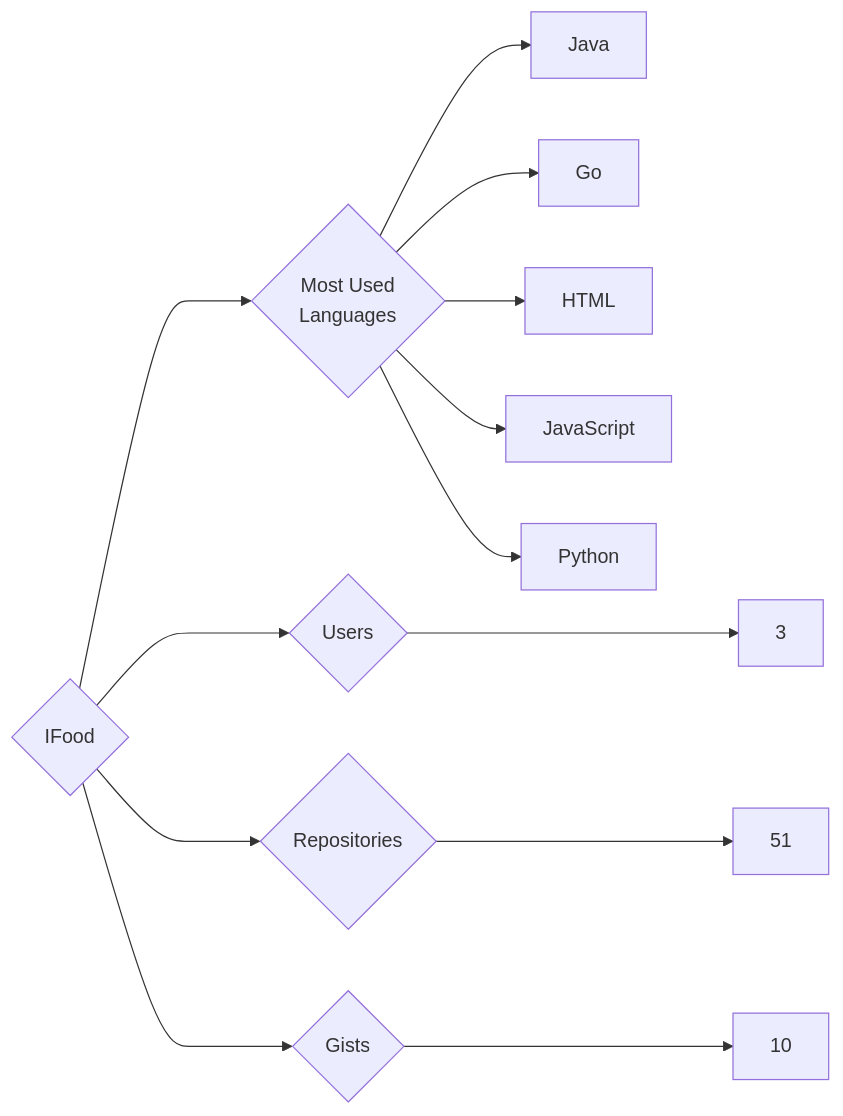
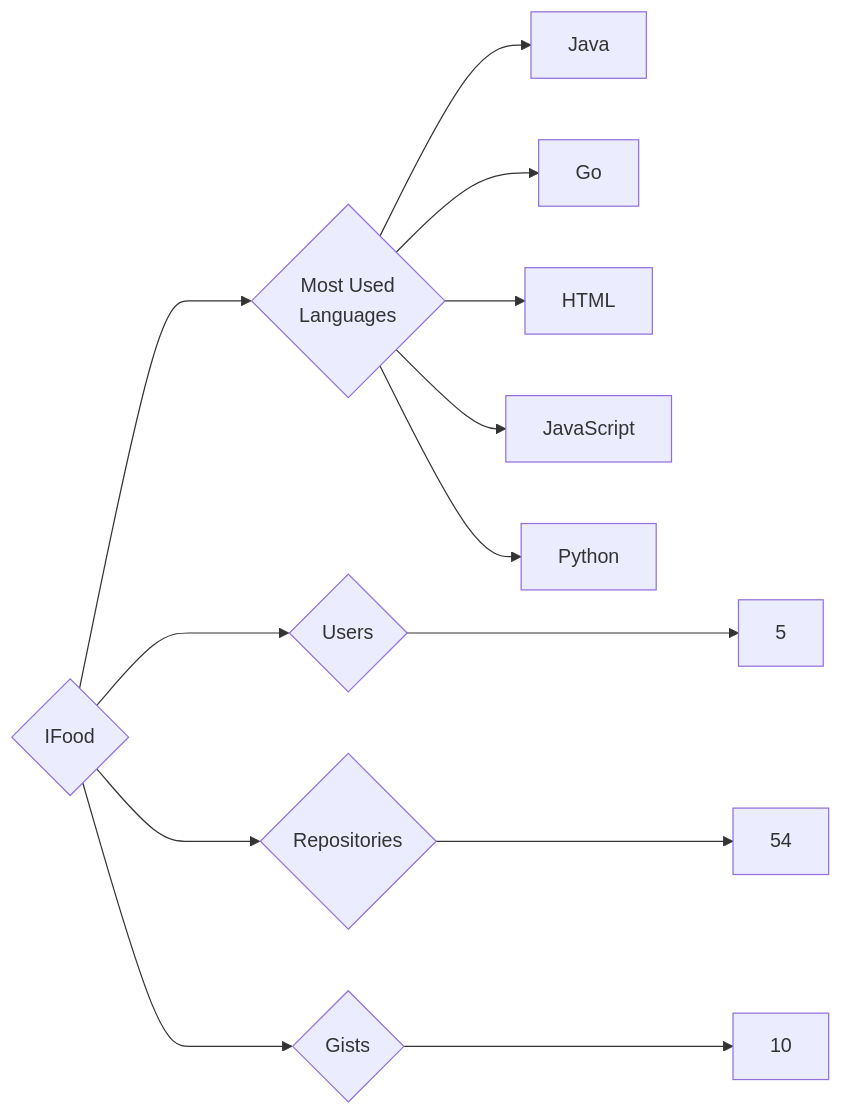
Before and after one commit to trickest/insiders: the diagram in targets/IFood/README.md, drawn with Mermaid. The commit also changed 776 other files, not shown here.

````diff
--- a/targets/IFood/README.md
+++ b/targets/IFood/README.md
@@ -3,13 +3,13 @@
 ```mermaid
 graph LR
 COMPANY_NAME{IFood}
-COMPANY_NAME ---> U{Users} ---> UN[3]
-COMPANY_NAME ---> R{Repositories} ---> RN[51]
+COMPANY_NAME ---> U{Users} ---> UN[5]
+COMPANY_NAME ---> R{Repositories} ---> RN[54]
 COMPANY_NAME ---> G{Gists} ---> GN[10]
 COMPANY_NAME ---> ML{Most Used<br>Languages}
 ML --> Java[Java]
 ML --> Go[Go]
 ML --> HTML[HTML]
 ML --> JavaScript[JavaScript]
 ML --> Python[Python]
 ```
````
